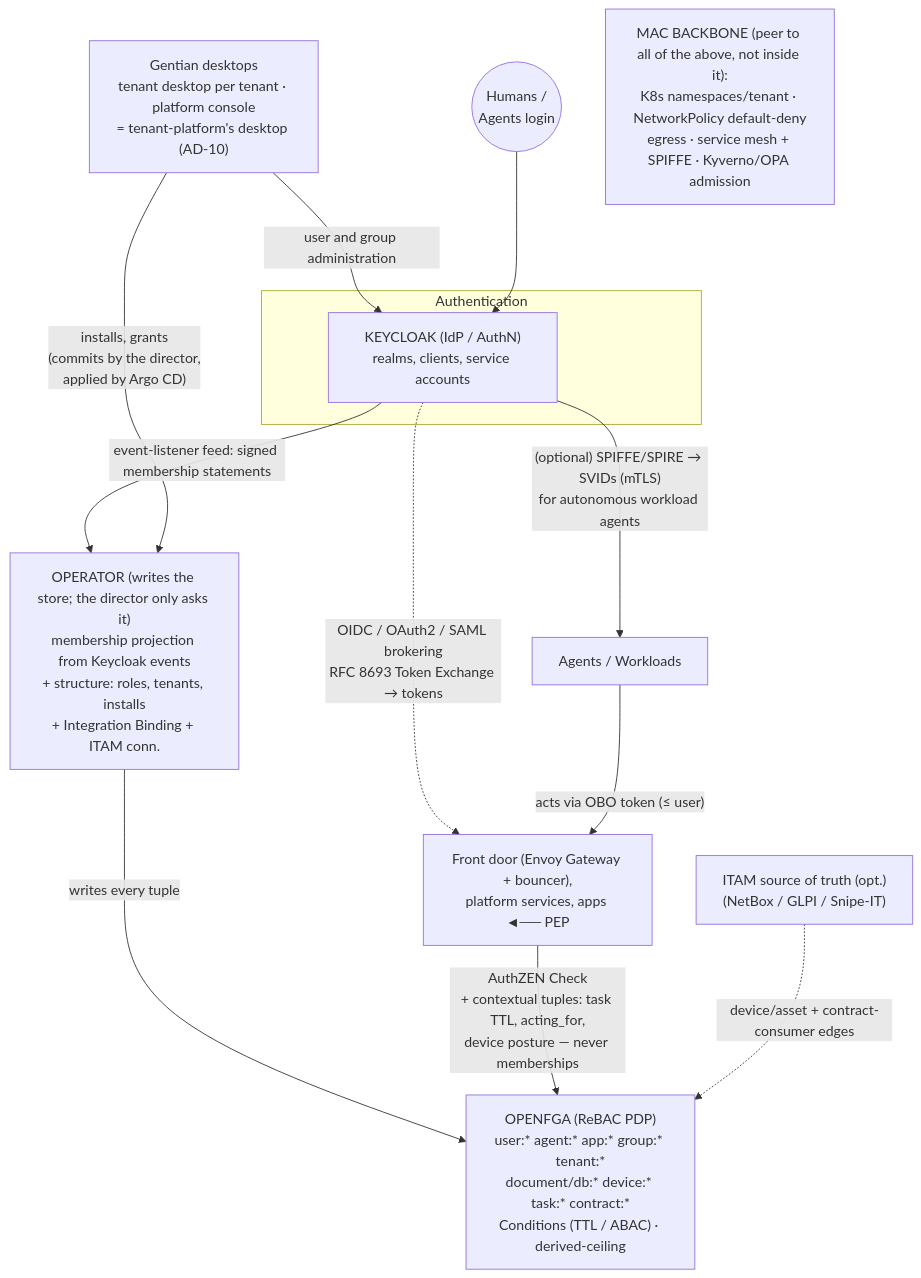
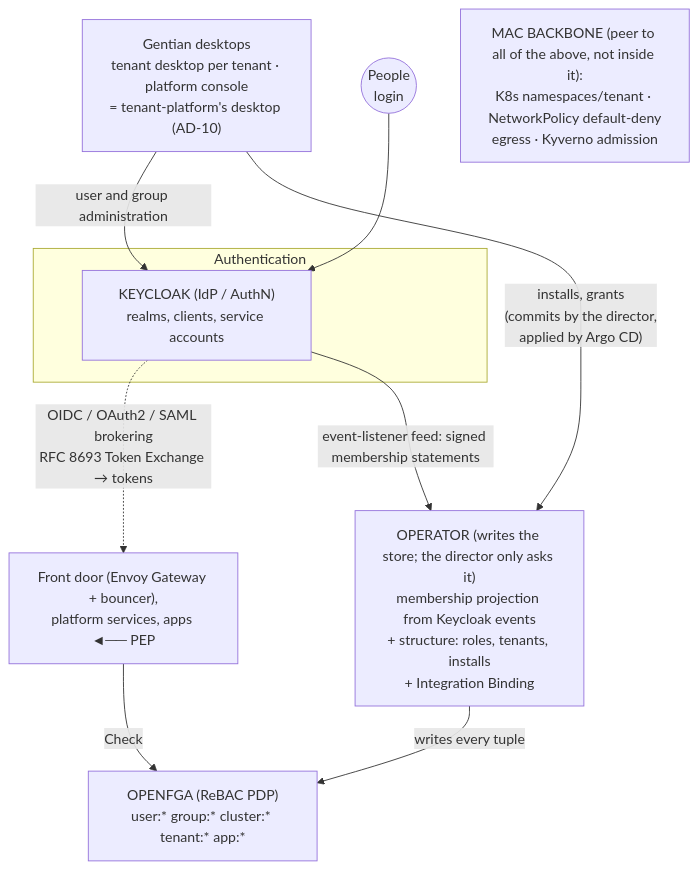
One commit to gentian-org/gentian-os changed the first of 3 diagrams in docs/design/security.md. Above: the diagram before and after it, drawn with Mermaid. The commit also changed other lines of this file and 40 other files, not shown here.

````diff
--- a/docs/design/security.md
+++ b/docs/design/security.md
@@ -839,36 +785,31 @@
 ```mermaid
 flowchart TD
     Shell["Gentian desktops<br>tenant desktop per tenant · platform console<br>= tenant-platform's desktop (AD-10)"]
     
-    Users(("Humans /<br>Agents login"))
+    Users(("People<br>login"))
     
     subgraph Identity ["Authentication"]
         Keycloak["KEYCLOAK (IdP / AuthN)<br>realms, clients, service accounts"]
     end
     
-    Director["OPERATOR (writes the store; the director only asks it)<br>membership projection from Keycloak events<br>+ structure: roles, tenants, installs<br>+ Integration Binding + ITAM conn."]
+    Director["OPERATOR (writes the store; the director only asks it)<br>membership projection from Keycloak events<br>+ structure: roles, tenants, installs<br>+ Integration Binding"]
     
-    AgentsWorkloads["Agents / Workloads"]
     Apps["Front door (Envoy Gateway + bouncer),<br>platform services, apps ◄── PEP"]
     
-    OpenFGA["OPENFGA (ReBAC PDP)<br>user:* agent:* app:* group:* tenant:*<br>document/db:* device:* task:* contract:*<br>Conditions (TTL / ABAC) · derived-ceiling"]
+    OpenFGA["OPENFGA (ReBAC PDP)<br>user:* group:* cluster:* tenant:* app:*"]
     
-    ITAM["ITAM source of truth (opt.)<br>(NetBox / GLPI / Snipe-IT)"]
     
-    MAC["MAC BACKBONE (peer to all of the above, not inside it):<br>K8s namespaces/tenant · NetworkPolicy default-deny<br>egress · service mesh + SPIFFE · Kyverno/OPA admission"]
+    MAC["MAC BACKBONE (peer to all of the above, not inside it):<br>K8s namespaces/tenant · NetworkPolicy default-deny<br>egress · Kyverno admission"]
     
     Shell -->|"user and group administration"| Keycloak
     Users --> Keycloak
     Keycloak -.->|"OIDC / OAuth2 / SAML brokering<br>RFC 8693 Token Exchange → tokens"| Apps
     
     Keycloak -->|"event-listener feed: signed membership statements"| Director
-    Keycloak -->|"(optional) SPIFFE/SPIRE → SVIDs (mTLS)<br>for autonomous workload agents"| AgentsWorkloads
     
-    AgentsWorkloads -->|"acts via OBO token (≤ user)"| Apps
     
     Shell -->|"installs, grants<br>(commits by the director,<br>applied by Argo CD)"| Director
     Director -->|"writes every tuple"| OpenFGA
-    Apps -->|"AuthZEN Check<br>+ contextual tuples: task TTL, acting_for,<br>device posture — never memberships"| OpenFGA
+    Apps -->|"Check"| OpenFGA
     
-    ITAM -.->|"device/asset + contract-consumer edges"| OpenFGA
 ```
````
